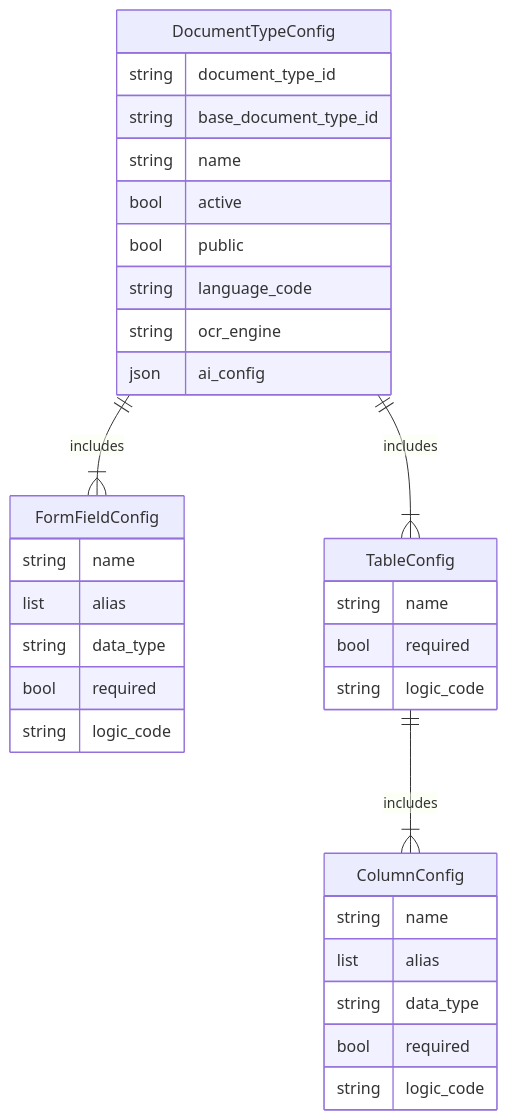
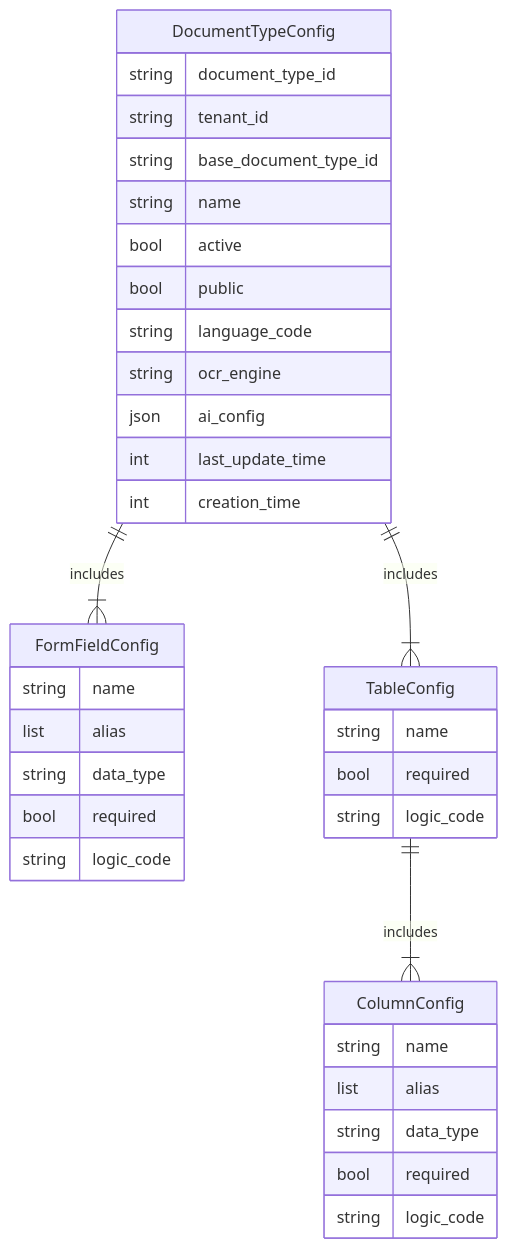
One commit to tofuai/idoc changed the third of 4 diagrams in README.md. Above: the diagram before and after it, drawn with Mermaid. The commit also changed other lines of this file, not shown here.

Commit message:
update diagram

````diff
--- a/README.md
+++ b/README.md
@@ -179,39 +219,42 @@
 ```mermaid
 erDiagram
 DocumentTypeConfig ||--|{ FormFieldConfig: includes
 DocumentTypeConfig ||--|{ TableConfig: includes
 TableConfig ||--|{ ColumnConfig: includes
 
 DocumentTypeConfig{
 	string document_type_id
+	string tenant_id
 	string base_document_type_id
 	string name
 	bool active
 	bool public
 	string language_code
 	string ocr_engine
 	json ai_config
+	int last_update_time
+	int creation_time
 }
 
 FormFieldConfig{
 	string name
 	list alias
 	string data_type
 	bool required
 	string logic_code
 }
 
 TableConfig{
 	string name
 	bool required
 	string logic_code
 }
 
 ColumnConfig{
 	string name
 	list alias
 	string data_type
 	bool required
 	string logic_code
 }
 ```
````
